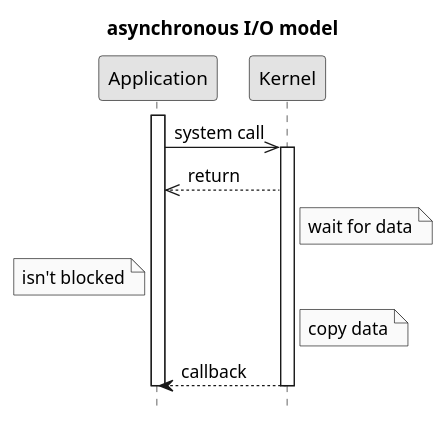
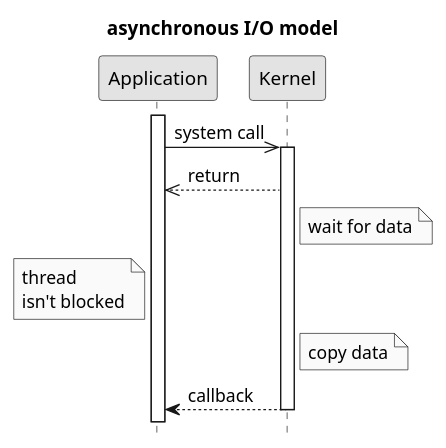
One commit to c0p4c4b4n4/demo-sockets-io-nio-nio2 changed the diagram in doc/plantuml/5. asynchronous IO model.puml. Above: the diagram before and after it, drawn with PlantUML. The commit also changed 3 other files, not shown here.

```diff
--- a/doc/plantuml/5. asynchronous IO model.puml
+++ b/doc/plantuml/5. asynchronous IO model.puml
@@ -1,16 +1,15 @@
 @startuml
 title asynchronous I/O model
 hide footbox
 skinparam monochrome true
 skinparam shadowing false
 activate Application
 Application->>Kernel: system call
 activate Kernel
 Kernel-->>Application: return
 Note right of Kernel: wait for data
-Note left of Application: isn't blocked
+Note left of Application: thread\nisn't blocked
 Note right of Kernel: copy data
 Kernel-->Application: callback
 deactivate Kernel
-deactivate Application
 @enduml
```
